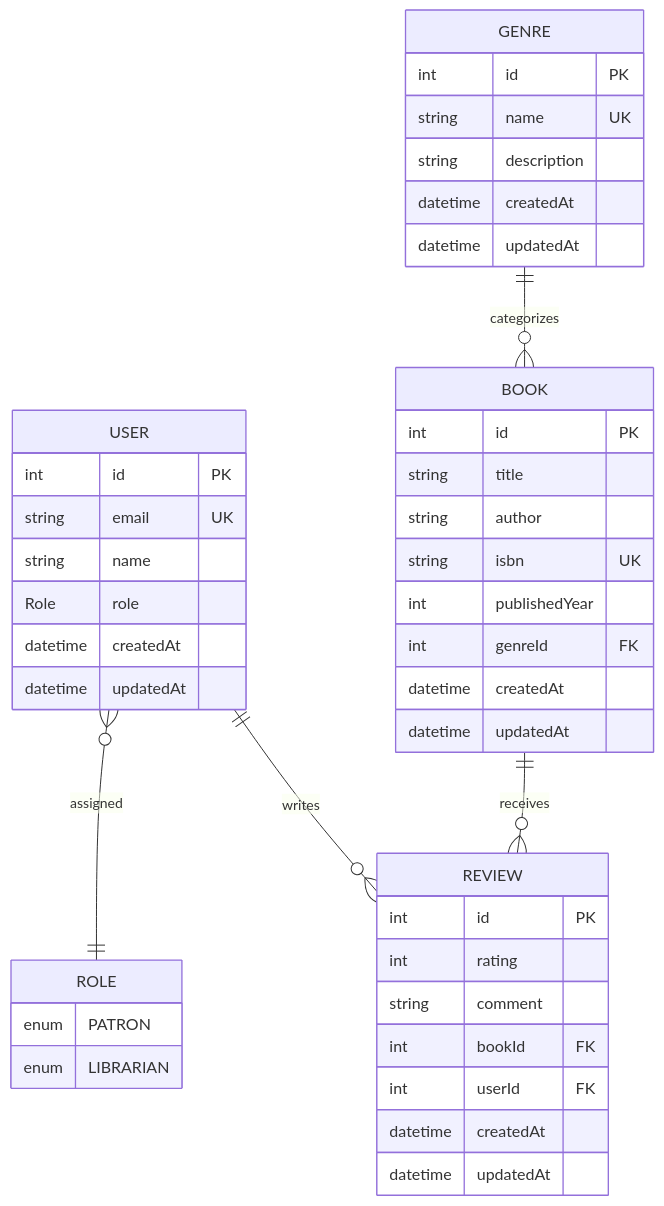
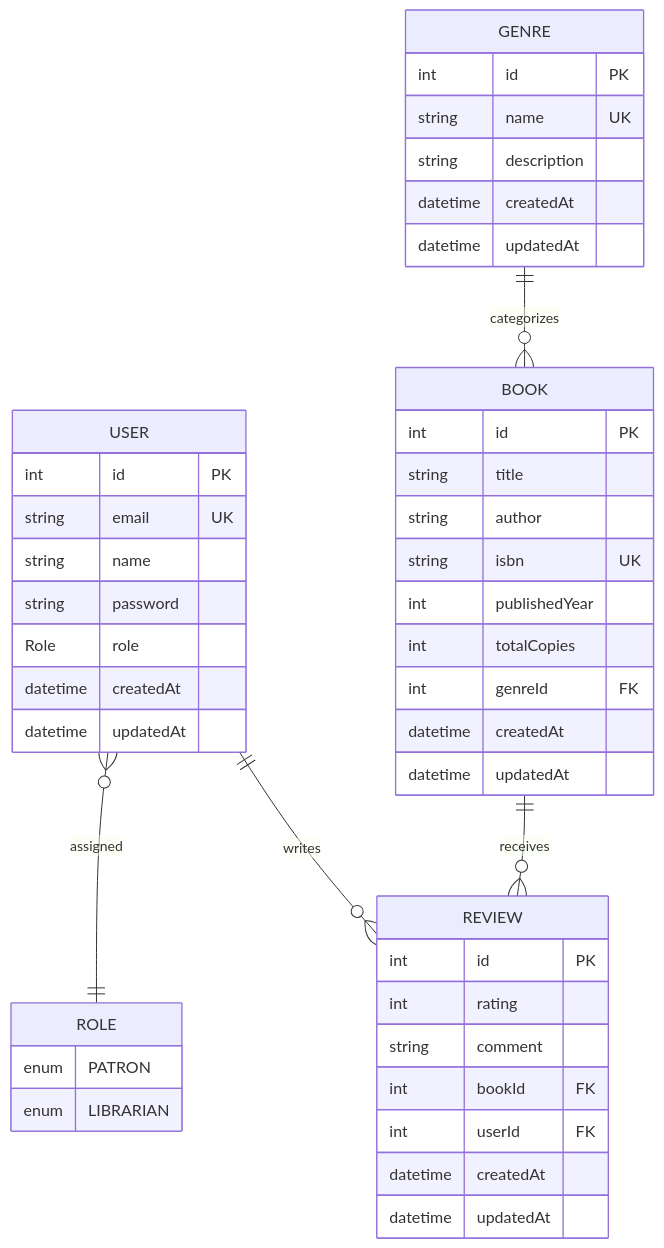
One commit to Nets-in-Tech/library-management-system changed the diagram in README.md. Above: the diagram before and after it, drawn with Mermaid. The commit also changed other lines of this file and 35 other files, not shown here.

````diff
--- a/README.md
+++ b/README.md
@@ -29,50 +44,52 @@
 ```mermaid
 erDiagram
     ROLE {
         enum PATRON
         enum LIBRARIAN
     }
 
     USER {
         int id PK
         string email UK
         string name
+        string password
         Role role
         datetime createdAt
         datetime updatedAt
     }
 
     GENRE {
         int id PK
         string name UK
         string description
         datetime createdAt
         datetime updatedAt
     }
 
     BOOK {
         int id PK
         string title
         string author
         string isbn UK
         int publishedYear
+        int totalCopies
         int genreId FK
         datetime createdAt
         datetime updatedAt
     }
 
     REVIEW {
         int id PK
         int rating
         string comment
         int bookId FK
         int userId FK
         datetime createdAt
         datetime updatedAt
     }
 
     USER ||--o{ REVIEW : "writes"
     BOOK ||--o{ REVIEW : "receives"
     GENRE ||--o{ BOOK : "categorizes"
     USER }o--|| ROLE : "assigned"
 ```
````
